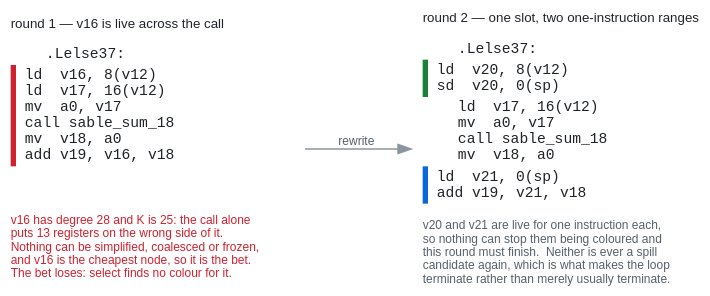
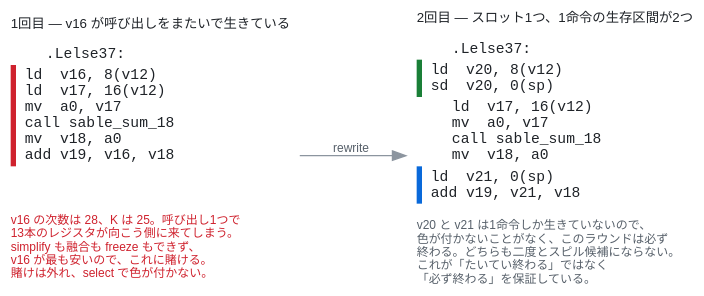
Before and after one commit to aita/CompLab: the diagram in Sable/compiler/doc/figures/spill.dot, drawn with Graphviz. The commit also changed 13 other files, not shown here.

```diff
--- a/Sable/compiler/doc/figures/spill.dot
+++ b/Sable/compiler/doc/figures/spill.dot
@@ -1,66 +1,66 @@
 // What spilling does to a live range.  The code is `sum`'s .Lelse block,
 // verbatim: the left is what round 1 sees, the right is what `rewrite`
 // produces and round 2 sees.  The rule beside a run of lines is the range a
 // value is live over.  See doc/regalloc.md §5.
 //
 // A live range is one cell with a left border holding a nested table of its
 // lines, not one bordered cell per line: per-line borders come out as a column
 // of ticks rather than as one rule.
 //
 // Render with ./render.sh (needs graphviz).
 digraph spill {
   rankdir = LR;
   bgcolor = "transparent";
   nodesep = 0.55;
   node [shape = plaintext, fontname = "Helvetica", fontsize = 10,
         fontcolor = "#1f2328"];
   edge [color = "#8c959f", fontname = "Helvetica", fontsize = 9,
         fontcolor = "#57606a"];
 
   before [label = <
     <TABLE BORDER="0" CELLBORDER="0" CELLSPACING="0" CELLPADDING="0">
-      <TR><TD ALIGN="LEFT"><FONT POINT-SIZE="10">round 1 — v16 is live across the call<BR ALIGN="LEFT"/> <BR ALIGN="LEFT"/></FONT></TD></TR>
+      <TR><TD ALIGN="LEFT"><FONT POINT-SIZE="10">1回目 — v16 が呼び出しをまたいで生きている<BR ALIGN="LEFT"/> <BR ALIGN="LEFT"/></FONT></TD></TR>
       <TR><TD ALIGN="LEFT"><FONT FACE="Courier" POINT-SIZE="11">     .Lelse37:  </FONT></TD></TR>
       <TR><TD ALIGN="LEFT" BORDER="4" SIDES="L" COLOR="#cf222e">
         <TABLE BORDER="0" CELLBORDER="0" CELLSPACING="0" CELLPADDING="0">
           <TR><TD ALIGN="LEFT"><FONT FACE="Courier" POINT-SIZE="11">  ld  v16, 8(v12)  </FONT></TD></TR>
           <TR><TD ALIGN="LEFT"><FONT FACE="Courier" POINT-SIZE="11">  ld  v17, 16(v12)  </FONT></TD></TR>
           <TR><TD ALIGN="LEFT"><FONT FACE="Courier" POINT-SIZE="11">  mv  a0, v17  </FONT></TD></TR>
           <TR><TD ALIGN="LEFT"><FONT FACE="Courier" POINT-SIZE="11">  call sable_sum_18  </FONT></TD></TR>
           <TR><TD ALIGN="LEFT"><FONT FACE="Courier" POINT-SIZE="11">  mv  v18, a0  </FONT></TD></TR>
           <TR><TD ALIGN="LEFT"><FONT FACE="Courier" POINT-SIZE="11">  add v19, v16, v18  </FONT></TD></TR>
         </TABLE>
       </TD></TR>
       <TR><TD ALIGN="LEFT"><FONT FACE="Courier" POINT-SIZE="11"> <BR ALIGN="LEFT"/> <BR ALIGN="LEFT"/></FONT></TD></TR>
-      <TR><TD ALIGN="LEFT"><FONT POINT-SIZE="9" COLOR="#cf222e"><BR ALIGN="LEFT"/>v16 has degree 28 and K is 25: the call alone<BR ALIGN="LEFT"/>puts 13 registers on the wrong side of it.<BR ALIGN="LEFT"/>Nothing can be simplified, coalesced or frozen,<BR ALIGN="LEFT"/>and v16 is the cheapest node, so it is the bet.<BR ALIGN="LEFT"/>The bet loses: select finds no colour for it.<BR ALIGN="LEFT"/></FONT></TD></TR>
+      <TR><TD ALIGN="LEFT"><FONT POINT-SIZE="9" COLOR="#cf222e"><BR ALIGN="LEFT"/>v16 の次数は 28、K は 25。呼び出し1つで<BR ALIGN="LEFT"/>13本のレジスタが向こう側に来てしまう。<BR ALIGN="LEFT"/>simplify も融合も freeze もできず、<BR ALIGN="LEFT"/>v16 が最も安いので、これに賭ける。<BR ALIGN="LEFT"/>賭けは外れ、select で色が付かない。<BR ALIGN="LEFT"/> <BR ALIGN="LEFT"/></FONT></TD></TR>
     </TABLE>>];
 
   after [label = <
     <TABLE BORDER="0" CELLBORDER="0" CELLSPACING="0" CELLPADDING="0">
-      <TR><TD ALIGN="LEFT"><FONT POINT-SIZE="10">round 2 — one slot, two one-instruction ranges<BR ALIGN="LEFT"/> <BR ALIGN="LEFT"/></FONT></TD></TR>
+      <TR><TD ALIGN="LEFT"><FONT POINT-SIZE="10">2回目 — スロット1つ、1命令の生存区間が2つ<BR ALIGN="LEFT"/> <BR ALIGN="LEFT"/></FONT></TD></TR>
       <TR><TD ALIGN="LEFT"><FONT FACE="Courier" POINT-SIZE="11">     .Lelse37:  </FONT></TD></TR>
       <TR><TD ALIGN="LEFT" BORDER="4" SIDES="L" COLOR="#1a7f37">
         <TABLE BORDER="0" CELLBORDER="0" CELLSPACING="0" CELLPADDING="0">
           <TR><TD ALIGN="LEFT"><FONT FACE="Courier" POINT-SIZE="11">  ld  v20, 8(v12)  </FONT></TD></TR>
           <TR><TD ALIGN="LEFT"><FONT FACE="Courier" POINT-SIZE="11">  sd  v20, 0(sp)  </FONT></TD></TR>
         </TABLE>
       </TD></TR>
       <TR><TD ALIGN="LEFT">
         <TABLE BORDER="0" CELLBORDER="0" CELLSPACING="0" CELLPADDING="0">
           <TR><TD ALIGN="LEFT"><FONT FACE="Courier" POINT-SIZE="11">     ld  v17, 16(v12)  </FONT></TD></TR>
           <TR><TD ALIGN="LEFT"><FONT FACE="Courier" POINT-SIZE="11">     mv  a0, v17  </FONT></TD></TR>
           <TR><TD ALIGN="LEFT"><FONT FACE="Courier" POINT-SIZE="11">     call sable_sum_18  </FONT></TD></TR>
           <TR><TD ALIGN="LEFT"><FONT FACE="Courier" POINT-SIZE="11">     mv  v18, a0  </FONT></TD></TR>
         </TABLE>
       </TD></TR>
       <TR><TD ALIGN="LEFT" BORDER="4" SIDES="L" COLOR="#0969da">
         <TABLE BORDER="0" CELLBORDER="0" CELLSPACING="0" CELLPADDING="0">
           <TR><TD ALIGN="LEFT"><FONT FACE="Courier" POINT-SIZE="11">  ld  v21, 0(sp)  </FONT></TD></TR>
           <TR><TD ALIGN="LEFT"><FONT FACE="Courier" POINT-SIZE="11">  add v19, v21, v18  </FONT></TD></TR>
         </TABLE>
       </TD></TR>
-      <TR><TD ALIGN="LEFT"><FONT POINT-SIZE="9" COLOR="#57606a"><BR ALIGN="LEFT"/>v20 and v21 are live for one instruction each,<BR ALIGN="LEFT"/>so nothing can stop them being coloured and<BR ALIGN="LEFT"/>this round must finish.  Neither is ever a spill<BR ALIGN="LEFT"/>candidate again, which is what makes the loop<BR ALIGN="LEFT"/>terminate rather than merely usually terminate.<BR ALIGN="LEFT"/></FONT></TD></TR>
+      <TR><TD ALIGN="LEFT"><FONT POINT-SIZE="9" COLOR="#57606a"><BR ALIGN="LEFT"/>v20 と v21 は1命令しか生きていないので、<BR ALIGN="LEFT"/>色が付かないことがなく、このラウンドは必ず<BR ALIGN="LEFT"/>終わる。どちらも二度とスピル候補にならない。<BR ALIGN="LEFT"/>これが「たいてい終わる」ではなく<BR ALIGN="LEFT"/>「必ず終わる」を保証している。<BR ALIGN="LEFT"/> <BR ALIGN="LEFT"/></FONT></TD></TR>
     </TABLE>>];
 
   before -> after [label = "  rewrite  "];
 }
```
